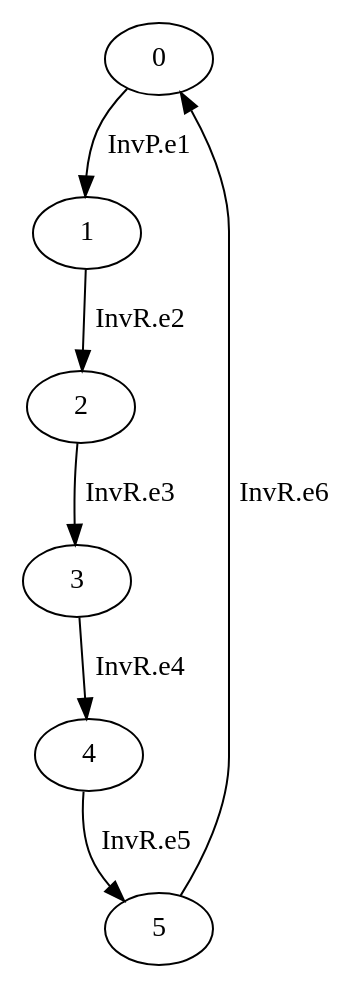
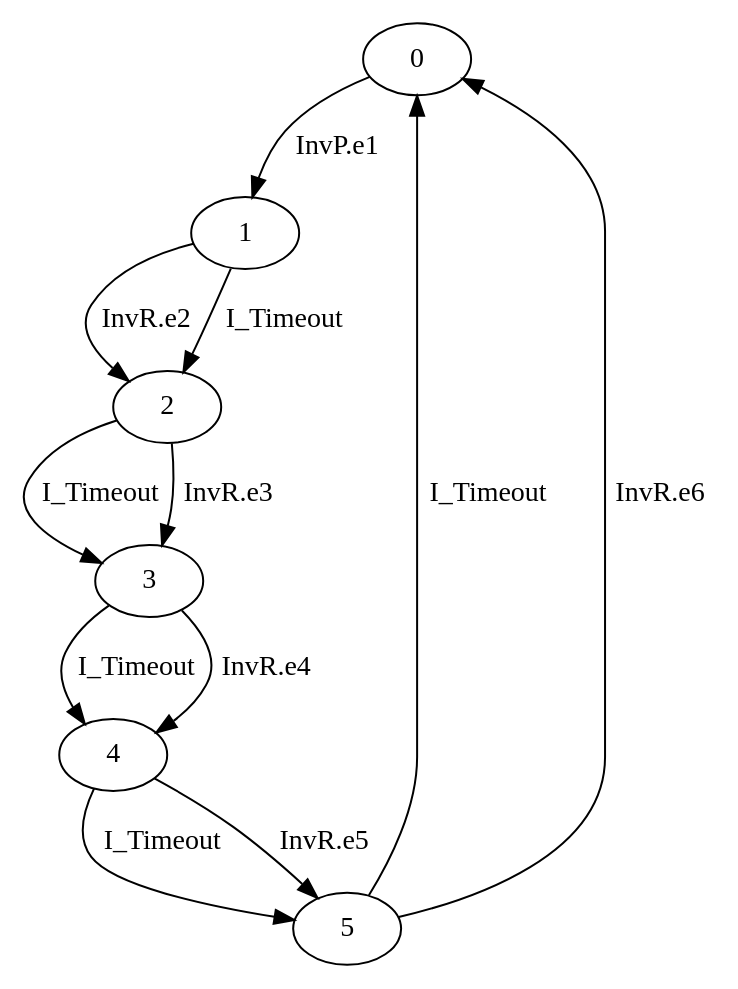
One commit to gfads/midarch changed the diagram in src/gmidarch/development/repositories/dot/Oneto5.dot. Above: the diagram before and after it, drawn with Graphviz. The commit also changed 20 other files, not shown here.

```diff
--- a/src/gmidarch/development/repositories/dot/Oneto5.dot
+++ b/src/gmidarch/development/repositories/dot/Oneto5.dot
@@ -1,8 +1,13 @@
 digraph G {
   0 -> 1 [ label="InvP.e1" ];
   1 -> 2 [ label="InvR.e2" ];
+  1 -> 2 [ label="I_Timeout" ];
+  2 -> 3 [ label="I_Timeout" ];
   2 -> 3 [ label="InvR.e3" ];
+  3 -> 4 [ label="I_Timeout" ];
   3 -> 4 [ label="InvR.e4" ];
+  4 -> 5 [ label="I_Timeout" ];
   4 -> 5 [ label="InvR.e5" ];
+  5 -> 0 [ label="I_Timeout" ];
   5 -> 0 [ label="InvR.e6" ];
 }
```
